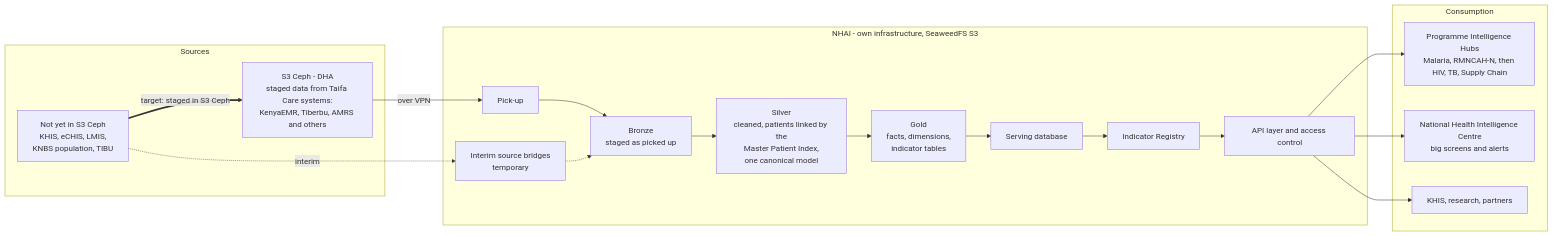
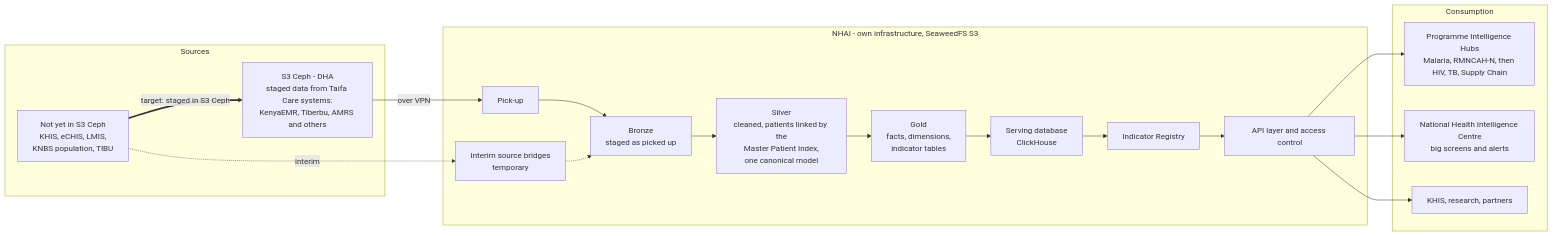
The diagram in planning/02-components-and-technology.md (koskedk/ndl-info), drawn with Mermaid before and after one commit. The commit also changed other lines of this file and 16 other files, not shown here.

````diff
--- a/planning/02-components-and-technology.md
+++ b/planning/02-components-and-technology.md
@@ -16,28 +16,28 @@
 ```mermaid
 flowchart LR
   subgraph S[Sources]
     CEPH[S3 Ceph - DHA<br/>staged data from Taifa Care systems:<br/>KenyaEMR, Tiberbu, AMRS and others]
     NOT[Not yet in S3 Ceph<br/>KHIS, eCHIS, LMIS,<br/>KNBS population, TIBU]
   end
   subgraph P[NHAI - own infrastructure, SeaweedFS S3]
     PU[Pick-up]
     IB[Interim source bridges<br/>temporary]
     BR[Bronze<br/>staged as picked up]
     SV[Silver<br/>cleaned, patients linked by the<br/>Master Patient Index,<br/>one canonical model]
     GD[Gold<br/>facts, dimensions,<br/>indicator tables]
-    SRV[Serving database]
+    SRV[Serving database<br/>ClickHouse]
     REG[Indicator Registry]
     API[API layer and access control]
   end
   subgraph C[Consumption]
     HUB[Programme Intelligence Hubs<br/>Malaria, RMNCAH-N, then HIV, TB, Supply Chain]
     NHIC[National Health Intelligence Centre<br/>big screens and alerts]
     EXT[KHIS, research, partners]
   end
   CEPH -- over VPN --> PU --> BR --> SV --> GD --> SRV --> REG --> API
   API --> HUB
   API --> NHIC
   API --> EXT
   NOT -. interim .-> IB -.-> BR
   NOT == target: staged in S3 Ceph ==> CEPH
 ```
````
